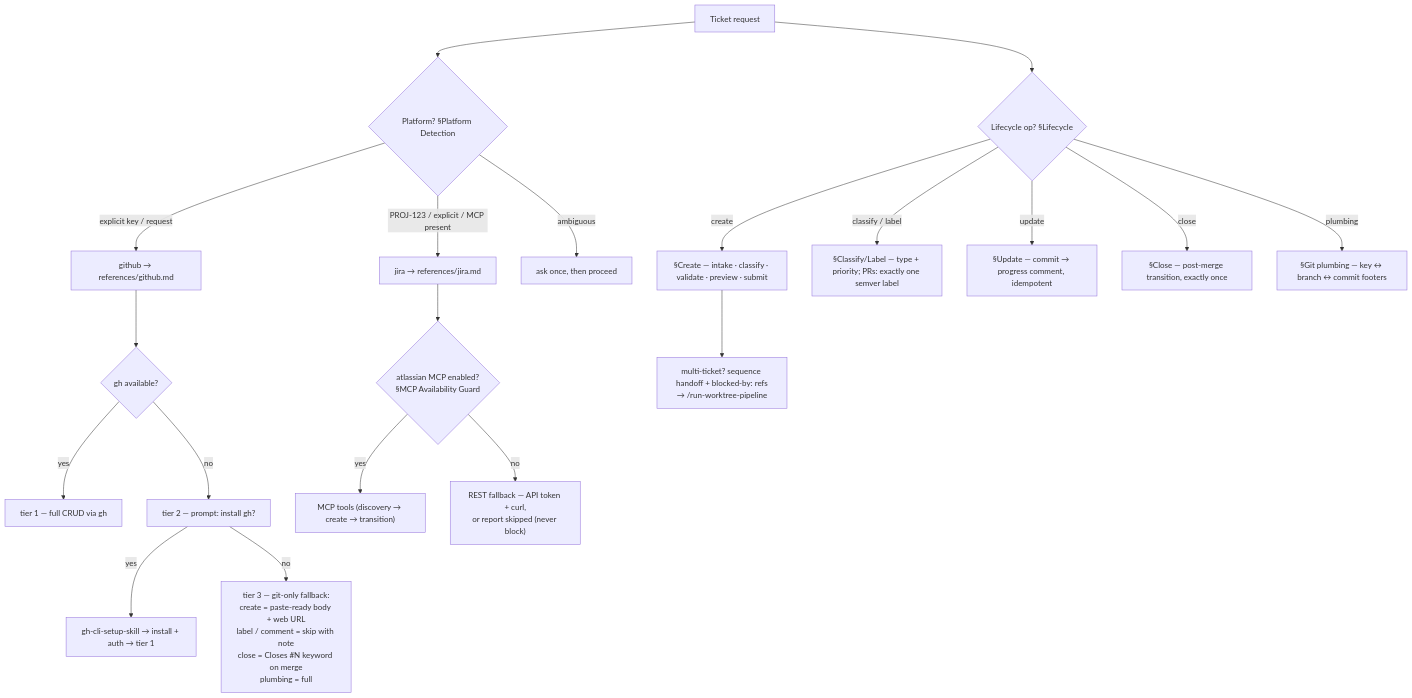
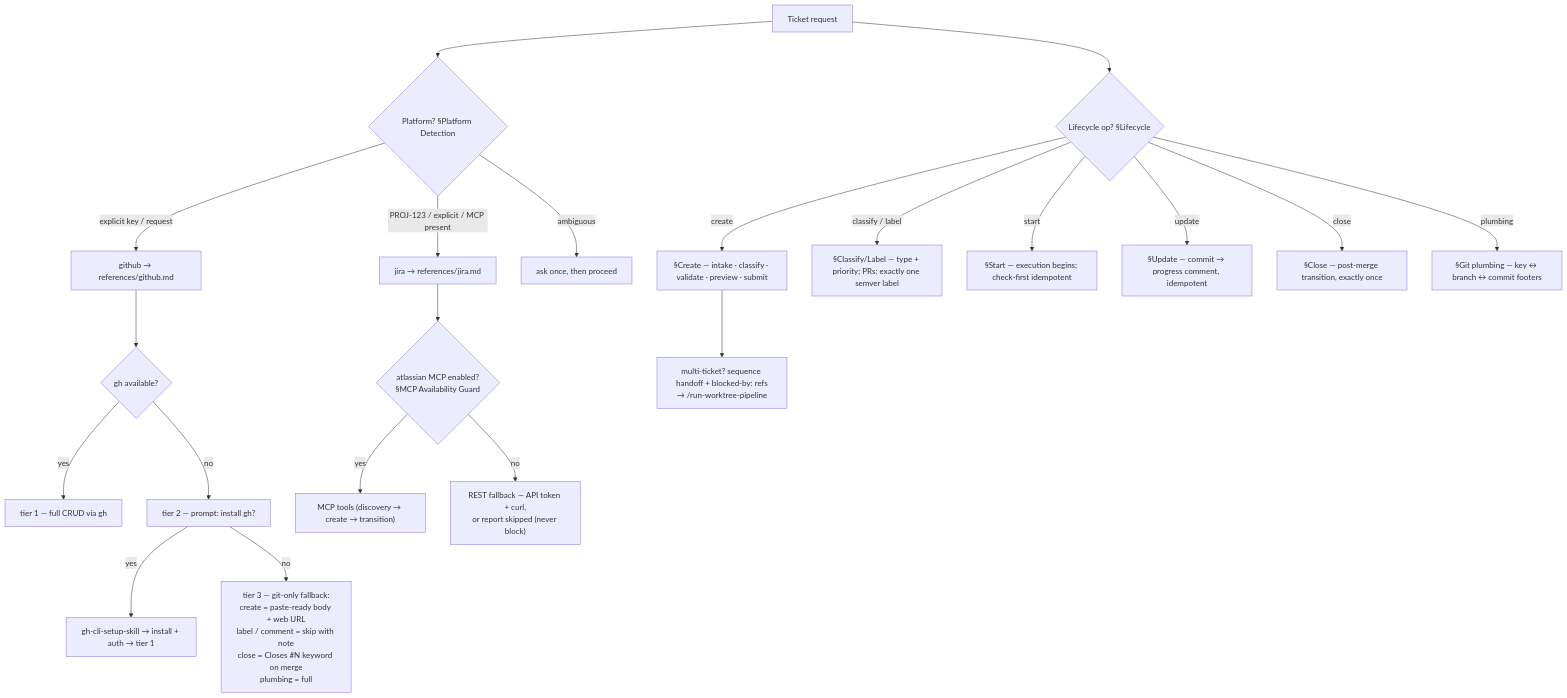
One commit to darellchua2/civiltekk-opencode-claude-skills changed the diagram in skills/ticketing-skill/README.md. Above: the diagram before and after it, drawn with Mermaid. The commit also changed other lines of this file and 7 other files, not shown here.

````diff
--- a/skills/ticketing-skill/README.md
+++ b/skills/ticketing-skill/README.md
@@ -17,26 +18,27 @@
 ```mermaid
 flowchart TD
     T["Ticket request"] --> P{"Platform? §Platform Detection"}
     T --> L{"Lifecycle op? §Lifecycle"}
     P -- "explicit key / request" --> G["github → references/github.md"]
     P -- "PROJ-123 / explicit / MCP present" --> J["jira → references/jira.md"]
     P -- "ambiguous" --> A["ask once, then proceed"]
 
     L -->|create| C["§Create — intake · classify · validate · preview · submit"]
     L -->|classify / label| CL["§Classify/Label — type + priority; PRs: exactly one semver label"]
+    L -->|start| S["§Start — execution begins; check-first idempotent"]
     L -->|update| U["§Update — commit → progress comment, idempotent"]
     L -->|close| X["§Close — post-merge transition, exactly once"]
     L -->|plumbing| K["§Git plumbing — key ↔ branch ↔ commit footers"]
 
     G --> GH{"gh available?"}
     GH -- "yes" --> FULL["tier 1 — full CRUD via gh"]
     GH -- "no" --> PR["tier 2 — prompt: install gh?"]
     PR -- "yes" --> INS["gh-cli-setup-skill → install + auth → tier 1"]
     PR -- "no" --> GF["tier 3 — git-only fallback:<br/>create = paste-ready body + web URL<br/>label / comment = skip with note<br/>close = Closes #N keyword on merge<br/>plumbing = full"]
 
     J --> JM{"atlassian MCP enabled?<br/>§MCP Availability Guard"}
     JM -- "yes" --> MM["MCP tools (discovery → create → transition)"]
     JM -- "no" --> MR["REST fallback — API token + curl,<br/>or report skipped (never block)"]
 
     C --> HAND["multi-ticket? sequence handoff + blocked-by: refs<br/>→ /run-worktree-pipeline"]
 ```
````
